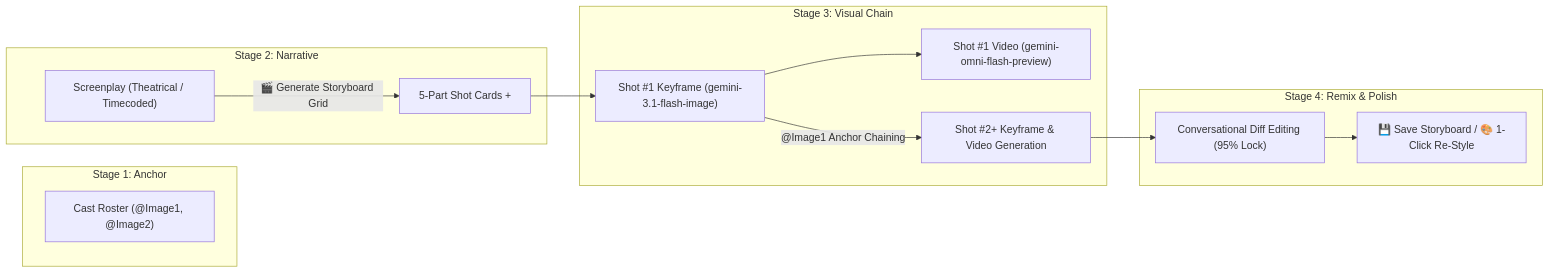
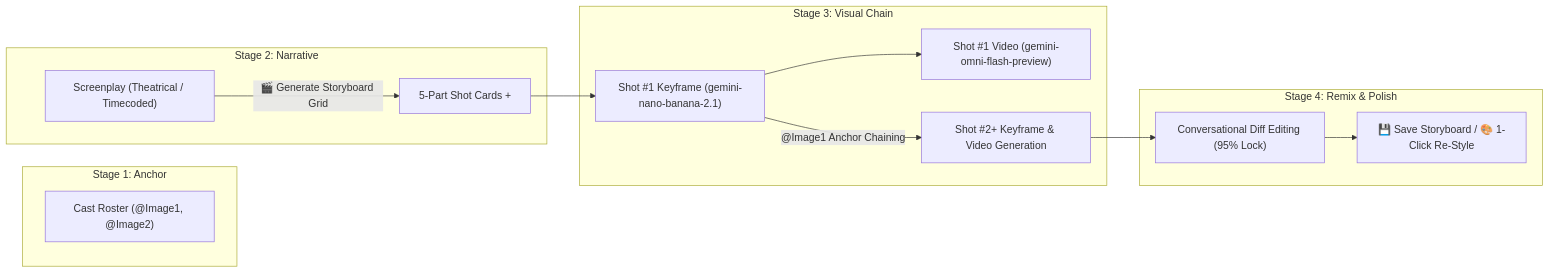
The fifth of 5 diagrams in README.md (tottenjordan/omnimash), drawn with Mermaid before and after one commit. The commit also changed other lines of this file and 22 other files, not shown here.

First line of the commit message:
fix(core,models): remediate Phase 1-3 architecture audit bugs and upgrade to Gemini 4 Argon, 3.8 Flash & Nano Banana 2.1 (#159)

````diff
--- a/README.md
+++ b/README.md
@@ -334,18 +334,18 @@
 ```mermaid
 graph LR
     subgraph Stage 1: Anchor
         Roster["Cast Roster (@Image1, @Image2)"]
     end
     subgraph Stage 2: Narrative
         Script["Screenplay (Theatrical / Timecoded)"] -->|"🎬 Generate Storyboard Grid"| Cards["5-Part Shot Cards + <IMAGE_REF_N>"]
     end
     subgraph Stage 3: Visual Chain
-        Cards --> Shot1Img["Shot #1 Keyframe (gemini-3.1-flash-image)"]
+        Cards --> Shot1Img["Shot #1 Keyframe (gemini-nano-banana-2.1)"]
         Shot1Img --> Shot1Vid["Shot #1 Video (gemini-omni-flash-preview)"]
         Shot1Img -->|"<FIRST_FRAME>@Image1 Anchor Chaining"| Shot2["Shot #2+ Keyframe & Video Generation"]
     end
     subgraph Stage 4: Remix & Polish
         Shot2 --> Diff["Conversational Diff Editing (95% Lock)"]
         Diff --> Lib["💾 Save Storyboard / 🎨 1-Click Re-Style"]
     end
 ```
````
